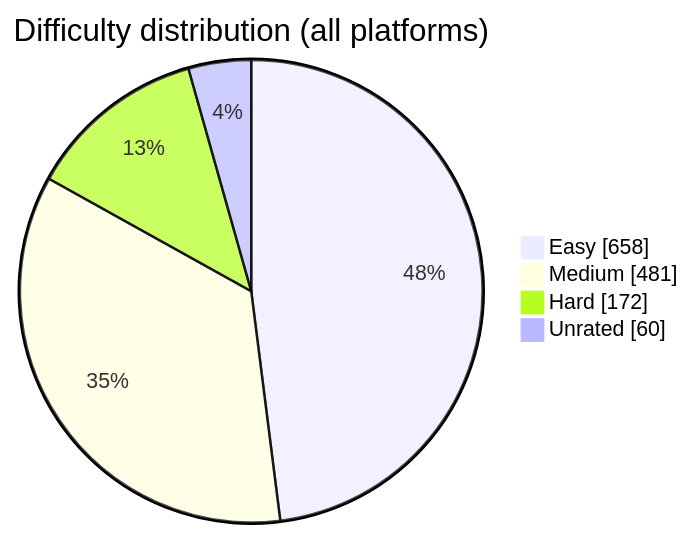
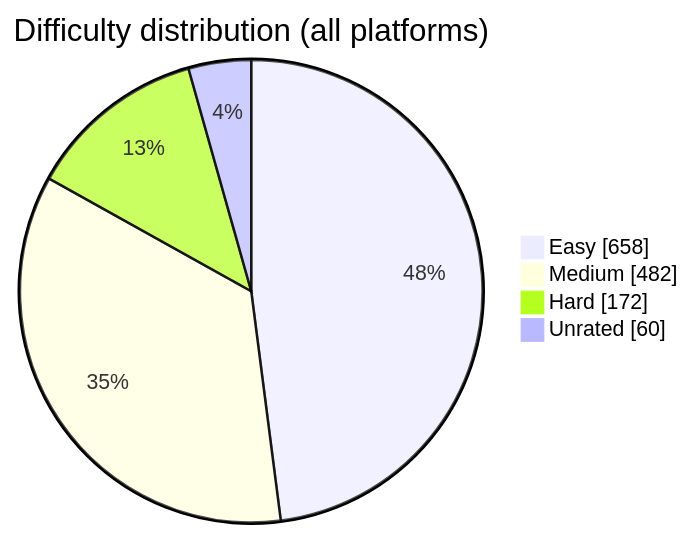
One commit to BuildbyArindam/Daily-Coding-Log changed the diagram in README.md. Above: the diagram before and after it, drawn with Mermaid. The commit also changed other lines of this file, not shown here.

````diff
--- a/README.md
+++ b/README.md
@@ -93,7 +93,7 @@
 ```mermaid
 pie showData title Difficulty distribution (all platforms)
     "Easy" : 658
-    "Medium" : 481
+    "Medium" : 482
     "Hard" : 172
     "Unrated" : 60
 ```
````
